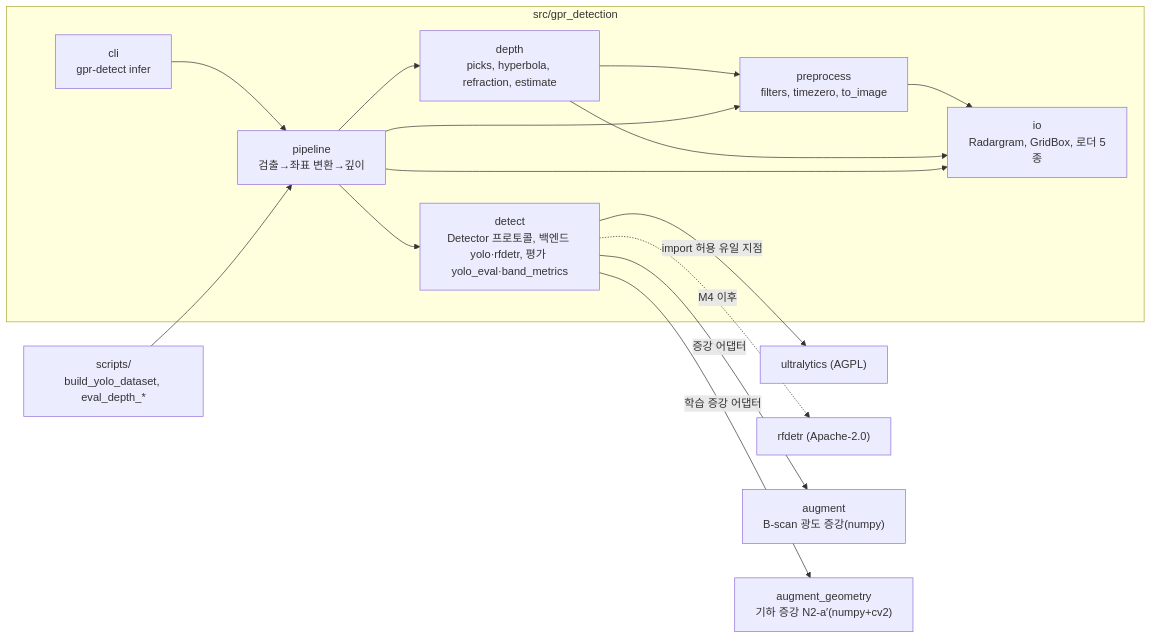
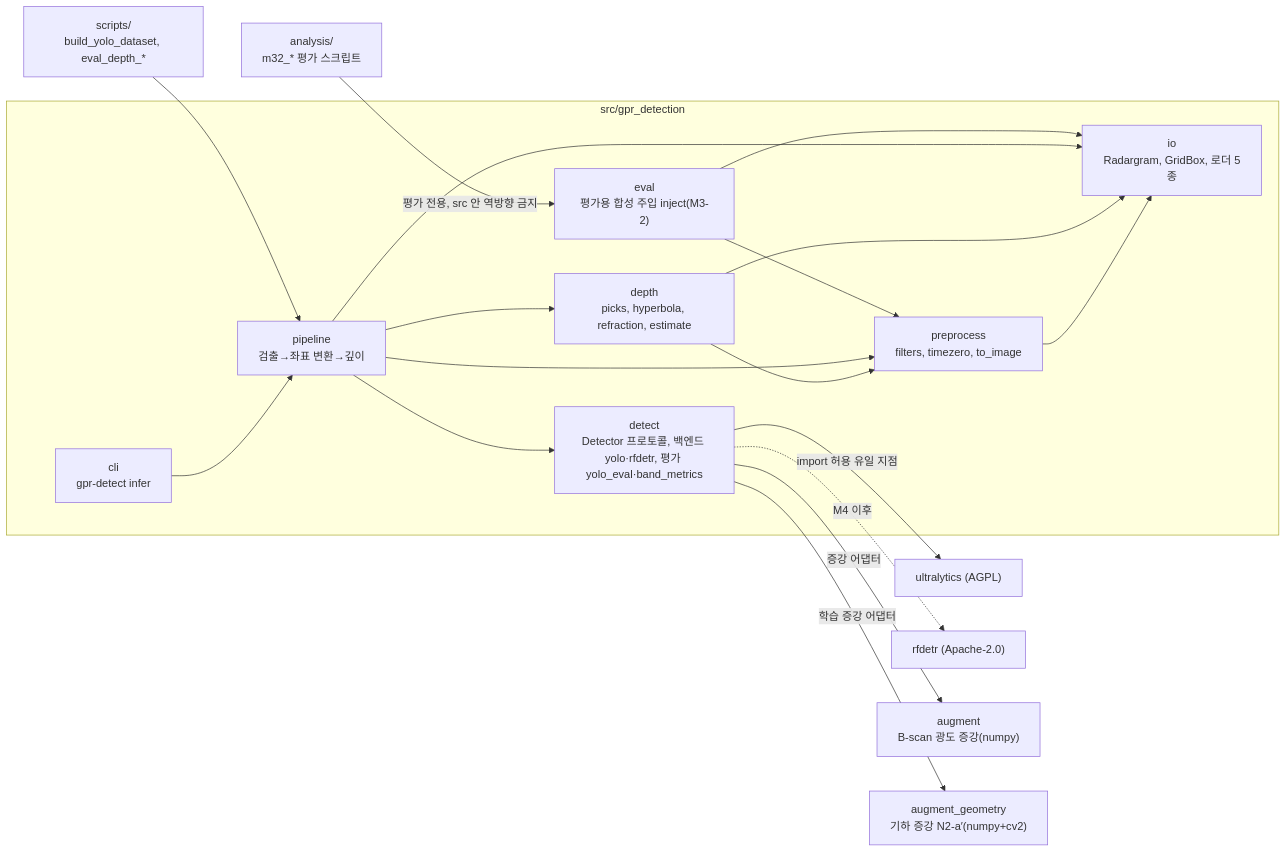
One commit to jinbeomjeong/gpr_detection changed the first of 2 diagrams in docs/architecture/README.md. Above: the diagram before and after it, drawn with Mermaid. The commit also changed other lines of this file and 4 other files, not shown here.

````diff
--- a/docs/architecture/README.md
+++ b/docs/architecture/README.md
@@ -84,27 +84,32 @@
 ```mermaid
 flowchart LR
   subgraph pkg["src/gpr_detection"]
     ioMod["io<br/>Radargram, GridBox, 로더 5종"]
     prepMod["preprocess<br/>filters, timezero, to_image"]
     detMod["detect<br/>Detector 프로토콜, 백엔드 yolo·rfdetr, 평가 yolo_eval·band_metrics"]
     depthMod["depth<br/>picks, hyperbola, refraction, estimate"]
     pipeMod["pipeline<br/>검출→좌표 변환→깊이"]
     cliMod["cli<br/>gpr-detect infer"]
+    evalMod["eval<br/>평가용 합성 주입 inject(M3-2)"]
   end
   scriptsMod["scripts/<br/>build_yolo_dataset, eval_depth_*"]
+  analysisMod["analysis/<br/>m32_* 평가 스크립트"]
   ultra["ultralytics (AGPL)"]
   rfdetr["rfdetr (Apache-2.0)"]
   prepMod --> ioMod
   depthMod --> ioMod
   depthMod --> prepMod
   detMod -->|"import 허용 유일 지점"| ultra
   detMod -.->|"M4 이후"| rfdetr
   pipeMod --> prepMod
   pipeMod --> detMod
   detMod -->|"증강 어댑터"| augMod["augment<br/>B-scan 광도 증강(numpy)"]
   detMod -->|"학습 증강 어댑터"| augGeoMod["augment_geometry<br/>기하 증강 N2-a′(numpy+cv2)"]
   pipeMod --> depthMod
   pipeMod --> ioMod
   cliMod --> pipeMod
   scriptsMod --> pipeMod
+  evalMod --> ioMod
+  evalMod --> prepMod
+  analysisMod -->|"평가 전용, src 안 역방향 금지"| evalMod
 ```
````
